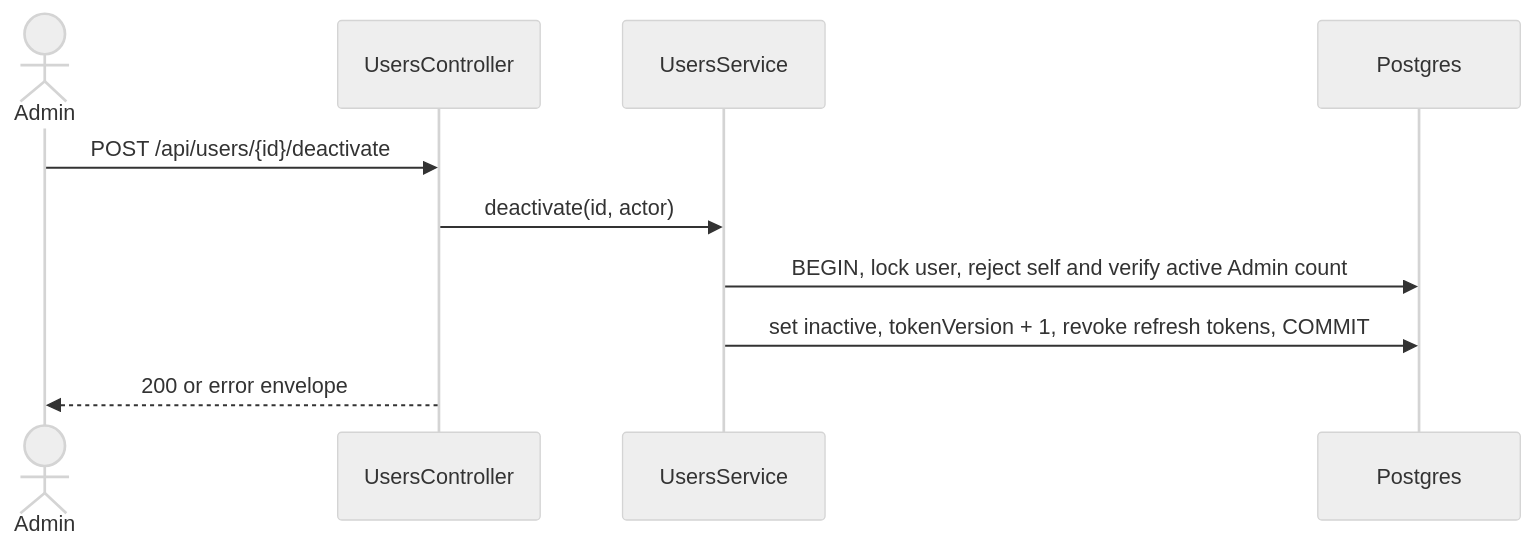
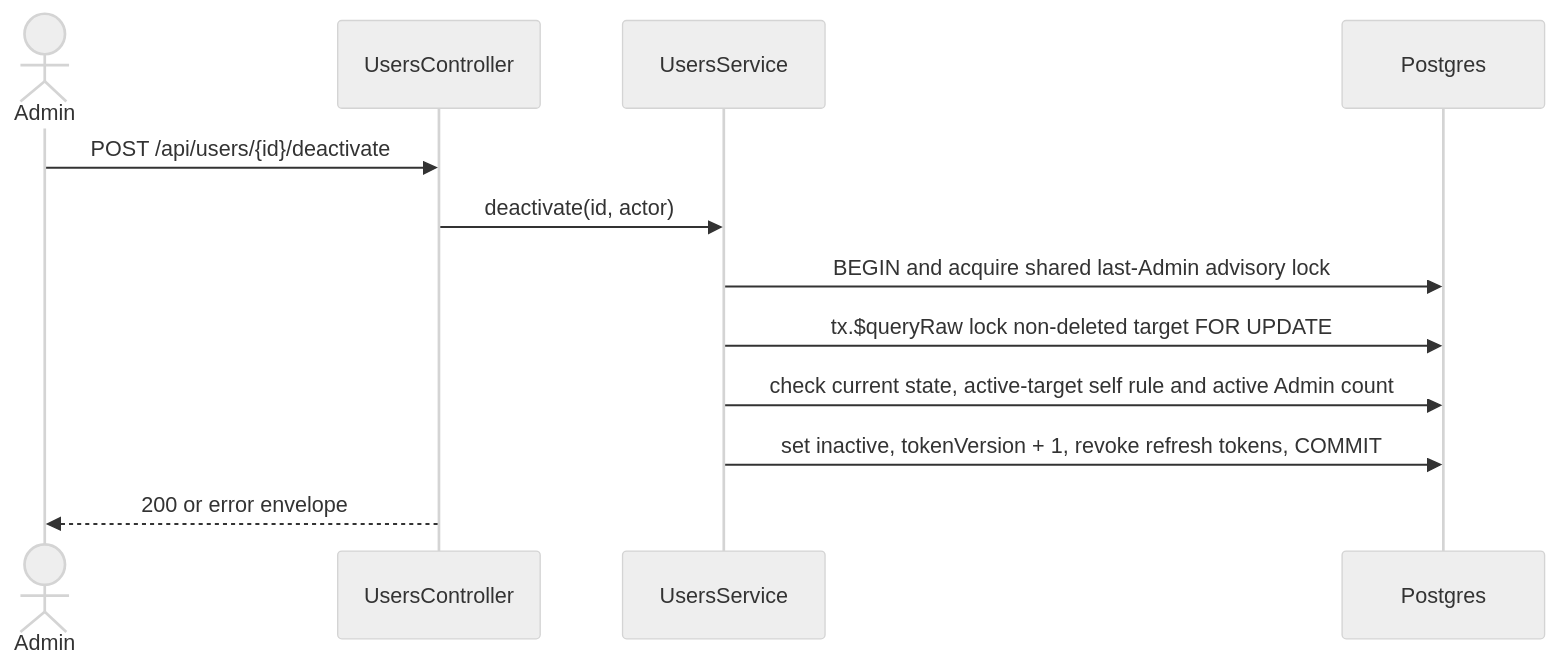
One commit to TrekLink-Team/treklink-web changed the second of 2 diagrams in specs/auth/api-design/20-post-users-deactivate.md. Above: the diagram before and after it, drawn with Mermaid (neutral theme). The commit also changed other lines of this file and 3 other files, not shown here.

Commit message:
docs(TK-22): serialize last-admin guard

````diff
--- a/specs/auth/api-design/20-post-users-deactivate.md
+++ b/specs/auth/api-design/20-post-users-deactivate.md
@@ -88,12 +89,14 @@
 ```mermaid
 sequenceDiagram
     actor Admin
     participant Controller as UsersController
     participant Service as UsersService
     participant DB as Postgres
     Admin->>Controller: POST /api/users/{id}/deactivate
     Controller->>Service: deactivate(id, actor)
-    Service->>DB: BEGIN, lock user, reject self and verify active Admin count
+    Service->>DB: BEGIN and acquire shared last-Admin advisory lock
+    Service->>DB: tx.$queryRaw lock non-deleted target FOR UPDATE
+    Service->>DB: check current state, active-target self rule and active Admin count
     Service->>DB: set inactive, tokenVersion + 1, revoke refresh tokens, COMMIT
     Controller-->>Admin: 200 or error envelope
 ```
````
